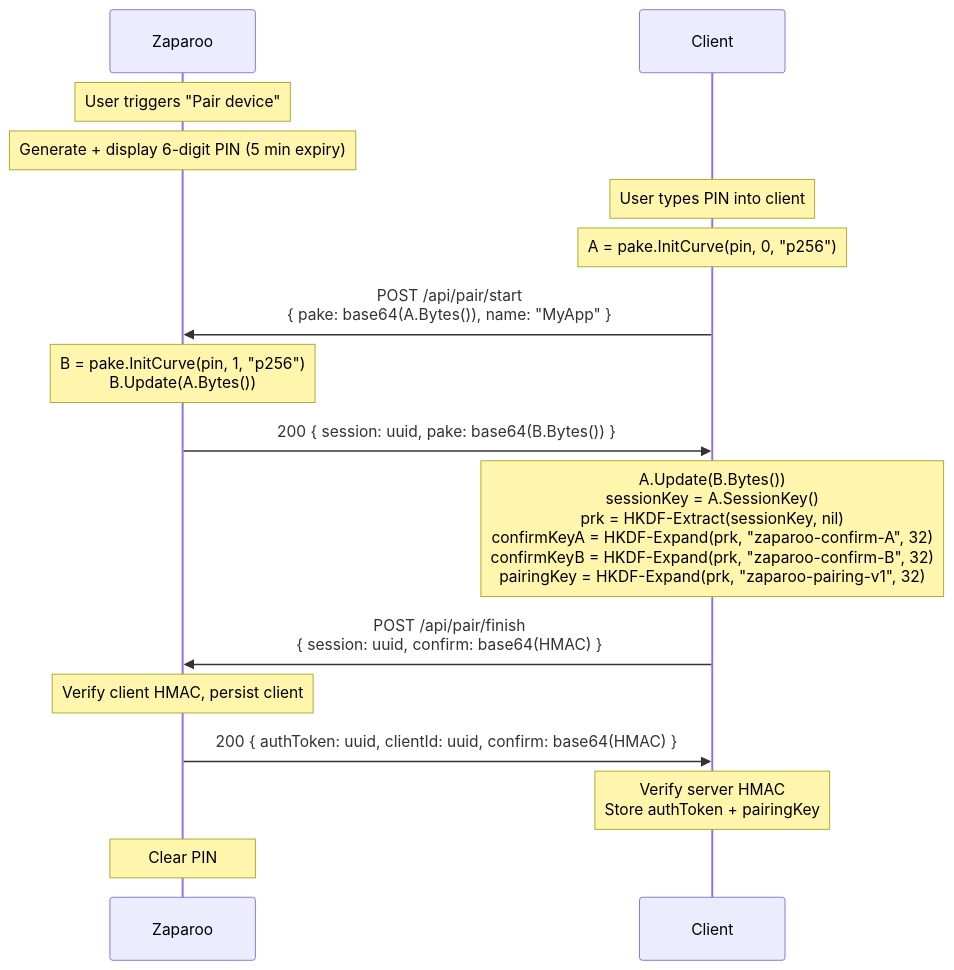
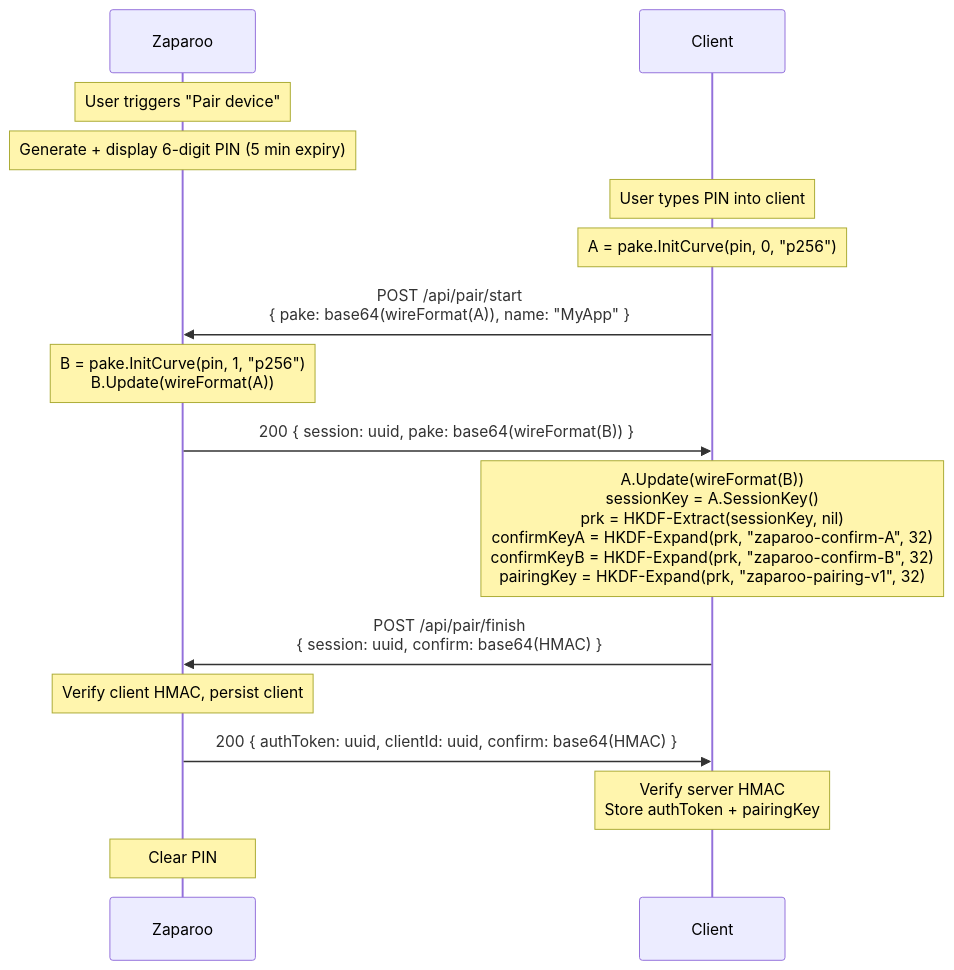
The diagram in docs/api/encryption.md (ZaparooProject/zaparoo-core), drawn with Mermaid before and after one commit. The commit also changed other lines of this file and 5 other files, not shown here.

First line of the commit message:
fix(api): use ASCII field names and string coordinates in PAKE wire format (#664)

````diff
--- a/docs/api/encryption.md
+++ b/docs/api/encryption.md
@@ -25,24 +25,24 @@
 ```mermaid
 sequenceDiagram
     participant Z as Zaparoo
     participant C as Client
 
     Note over Z: User triggers "Pair device"
     Note over Z: Generate + display 6-digit PIN (5 min expiry)
 
     Note over C: User types PIN into client
     Note over C: A = pake.InitCurve(pin, 0, "p256")
 
-    C->>Z: POST /api/pair/start<br/>{ pake: base64(A.Bytes()), name: "MyApp" }
-    Note over Z: B = pake.InitCurve(pin, 1, "p256")<br/>B.Update(A.Bytes())
-    Z->>C: 200 { session: uuid, pake: base64(B.Bytes()) }
+    C->>Z: POST /api/pair/start<br/>{ pake: base64(wireFormat(A)), name: "MyApp" }
+    Note over Z: B = pake.InitCurve(pin, 1, "p256")<br/>B.Update(wireFormat(A))
+    Z->>C: 200 { session: uuid, pake: base64(wireFormat(B)) }
 
-    Note over C: A.Update(B.Bytes())<br/>sessionKey = A.SessionKey()<br/>prk = HKDF-Extract(sessionKey, nil)<br/>confirmKeyA = HKDF-Expand(prk, "zaparoo-confirm-A", 32)<br/>confirmKeyB = HKDF-Expand(prk, "zaparoo-confirm-B", 32)<br/>pairingKey = HKDF-Expand(prk, "zaparoo-pairing-v1", 32)
+    Note over C: A.Update(wireFormat(B))<br/>sessionKey = A.SessionKey()<br/>prk = HKDF-Extract(sessionKey, nil)<br/>confirmKeyA = HKDF-Expand(prk, "zaparoo-confirm-A", 32)<br/>confirmKeyB = HKDF-Expand(prk, "zaparoo-confirm-B", 32)<br/>pairingKey = HKDF-Expand(prk, "zaparoo-pairing-v1", 32)
 
     C->>Z: POST /api/pair/finish<br/>{ session: uuid, confirm: base64(HMAC) }
     Note over Z: Verify client HMAC, persist client
     Z->>C: 200 { authToken: uuid, clientId: uuid, confirm: base64(HMAC) }
 
     Note over C: Verify server HMAC<br/>Store authToken + pairingKey
     Note over Z: Clear PIN
 ```
````
